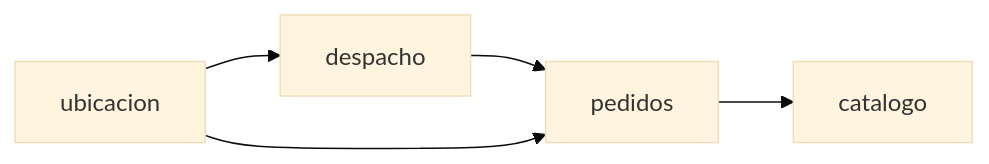
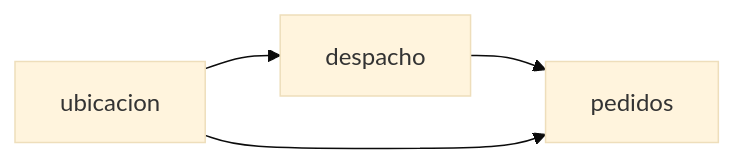
The diagram in README.md (Nicolas-12000/Rapidos), drawn with Mermaid (base theme) before and after one commit. The commit also changed other lines of this file and 1 other file, not shown here.

````diff
--- a/README.md
+++ b/README.md
@@ -43,7 +43,6 @@
 ```mermaid
 graph LR
     despacho --> pedidos
     ubicacion --> pedidos
     ubicacion --> despacho
-    pedidos --> catalogo
 ```
````
